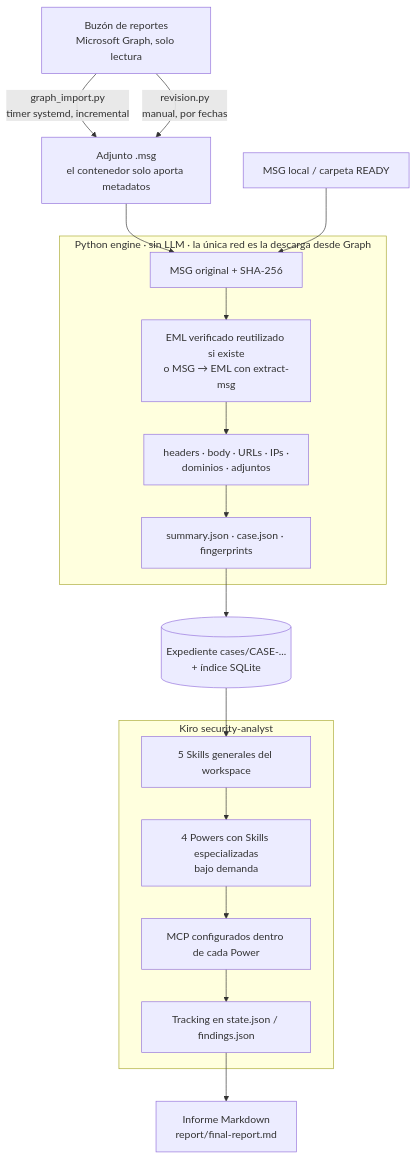
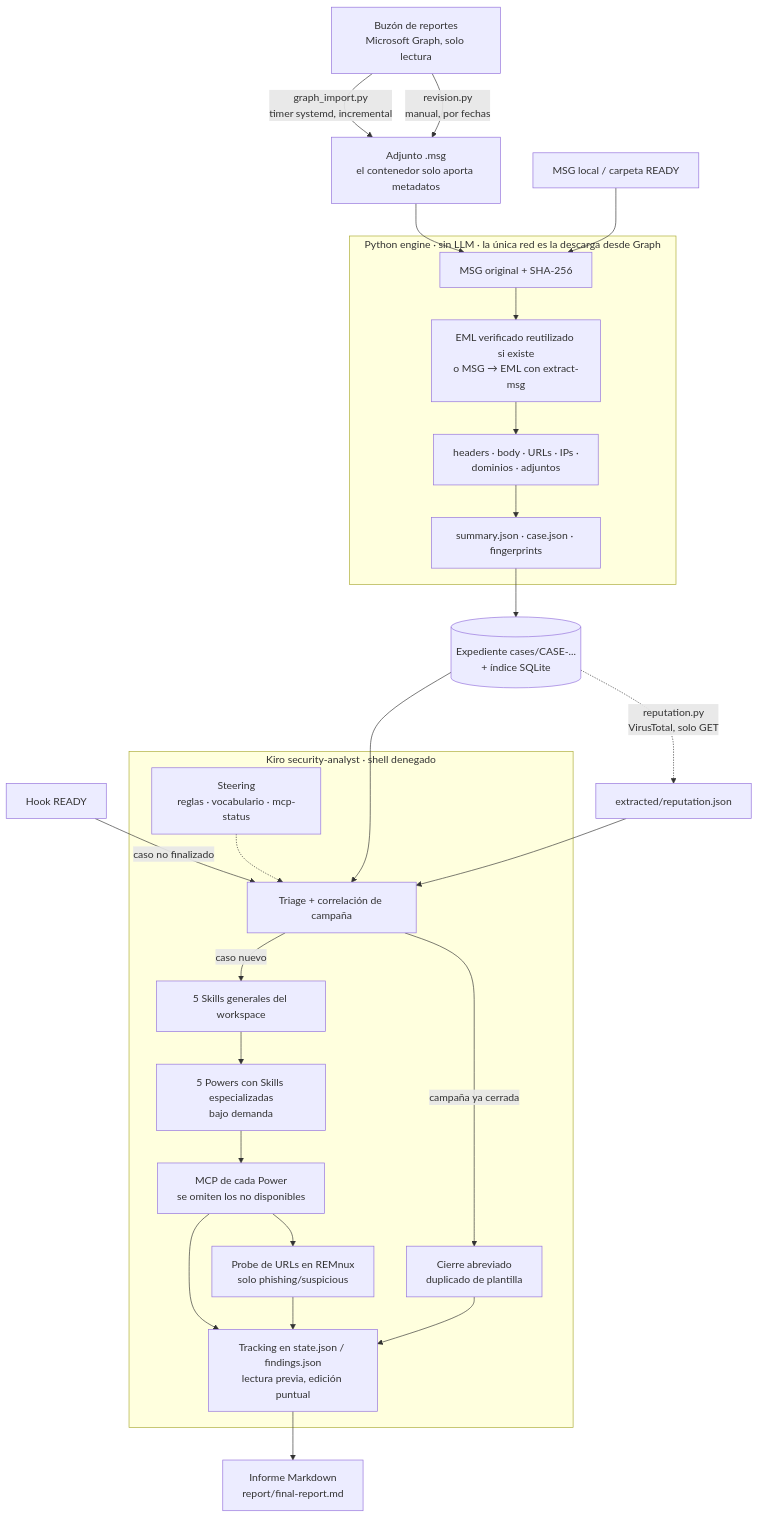
One commit to aemunozr/superphishing changed the diagram in docs/ARCHITECTURE.md. Above: the diagram before and after it, drawn with Mermaid. The commit also changed other lines of this file and 15 other files, not shown here.

Commit message:
Cambios Skills y steering para mejorar revisiones

````diff
--- a/docs/ARCHITECTURE.md
+++ b/docs/ARCHITECTURE.md
@@ -9,26 +9,37 @@
 ```mermaid
 flowchart TD
     A["Buzón de reportes<br/>Microsoft Graph, solo lectura"]
     A -->|"graph_import.py<br/>timer systemd, incremental"| B
     A -->|"revision.py<br/>manual, por fechas"| B
     B["Adjunto .msg<br/>el contenedor solo aporta metadatos"]
     L["MSG local / carpeta READY"]
     B --> C
     L --> C
     subgraph ENG["Python engine · sin LLM · la única red es la descarga desde Graph"]
         C["MSG original + SHA-256"]
         C --> D["EML verificado reutilizado si existe<br/>o MSG → EML con extract-msg"]
         D --> E["headers · body · URLs · IPs ·<br/>dominios · adjuntos"]
         E --> F["summary.json · case.json · fingerprints"]
     end
     F --> G[("Expediente cases/CASE-...<br/>+ índice SQLite")]
-    subgraph AGT["Kiro security-analyst"]
-        H["5 Skills generales del workspace"]
-        I["4 Powers con Skills especializadas<br/>bajo demanda"]
-        J["MCP configurados dentro de cada Power"]
-        K["Tracking en state.json / findings.json"]
-        H --> I --> J --> K
+    G -.->|"reputation.py<br/>VirusTotal, solo GET"| RP["extracted/reputation.json"]
+    HK["Hook READY"] -->|"caso no finalizado"| H
+    subgraph AGT["Kiro security-analyst · shell denegado"]
+        S["Steering<br/>reglas · vocabulario · mcp-status"]
+        H["Triage + correlación de campaña"]
+        AB["Cierre abreviado<br/>duplicado de plantilla"]
+        I["5 Skills generales del workspace"]
+        P["5 Powers con Skills especializadas<br/>bajo demanda"]
+        J["MCP de cada Power<br/>se omiten los no disponibles"]
+        U["Probe de URLs en REMnux<br/>solo phishing/suspicious"]
+        K["Tracking en state.json / findings.json<br/>lectura previa, edición puntual"]
+        S -.-> H
+        H -->|"campaña ya cerrada"| AB
+        H -->|"caso nuevo"| I --> P --> J --> K
+        J --> U --> K
+        AB --> K
     end
     G --> H
+    RP --> H
     K --> R["Informe Markdown<br/>report/final-report.md"]
 ```
````
